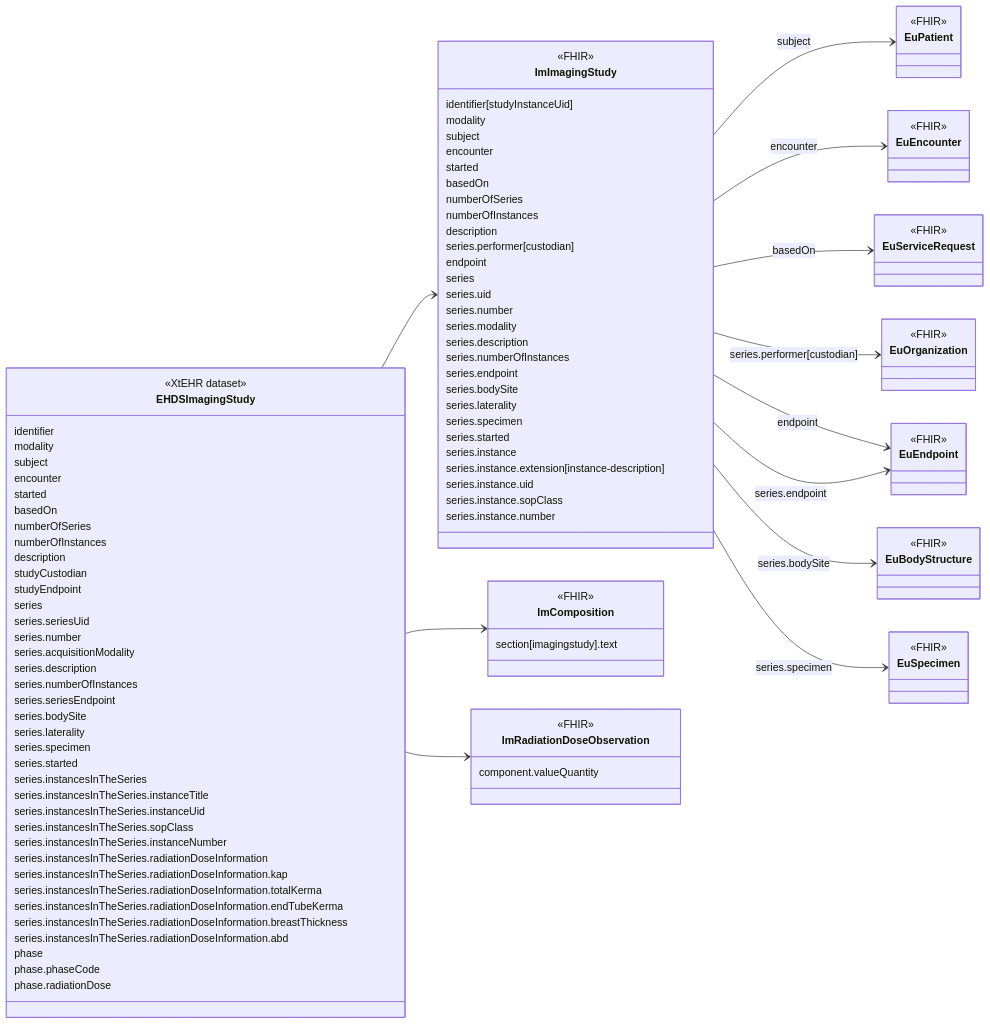
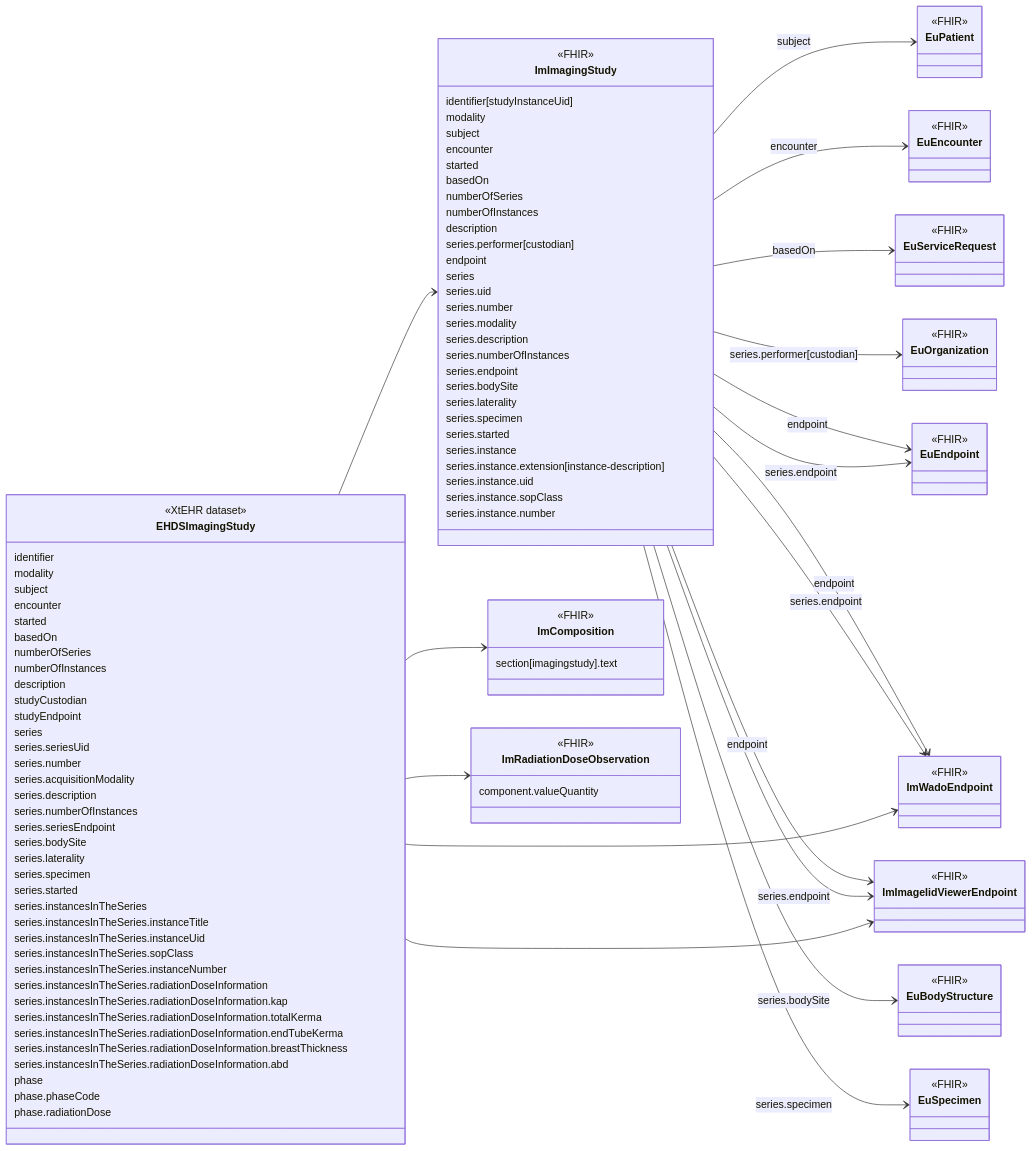
One commit to oijauregui/ehdsimaging changed the diagram in input/intro-notes/ConceptMap-EHDSImagingStudyMap-intro.md. Above: the diagram before and after it, drawn with Mermaid. The commit also changed 125 other files, not shown here.

Commit message:
Renamed obligation files, added Wado and Iid mapping.

````diff
--- a/input/intro-notes/ConceptMap-EHDSImagingStudyMap-intro.md
+++ b/input/intro-notes/ConceptMap-EHDSImagingStudyMap-intro.md
@@ -81,6 +81,8 @@
   section[imagingstudy].text
 }
 
+class ImWadoEndpoint
+class ImImageIidViewerEndpoint
 class ImRadiationDoseObservation{
   <<FHIR>>
   component.valueQuantity
@@ -101,6 +103,12 @@
 class EuEndpoint {
   <<FHIR>>
 }
+class  ImWadoEndpoint {
+  <<FHIR>>
+}
+class  ImImageIidViewerEndpoint {
+  <<FHIR>>
+}
 class EuBodyStructure {
   <<FHIR>>
 }
@@ -113,9 +121,15 @@
 ImImagingStudy --> EuServiceRequest : basedOn
 ImImagingStudy --> EuOrganization : series.performer[custodian]
 ImImagingStudy --> EuEndpoint : endpoint
+ImImagingStudy -->  ImWadoEndpoint : endpoint
+ImImagingStudy -->  ImImageIidViewerEndpoint : endpoint
 ImImagingStudy --> EuEndpoint : series.endpoint
+ImImagingStudy -->  ImWadoEndpoint : series.endpoint
+ImImagingStudy -->  ImImageIidViewerEndpoint : series.endpoint
 ImImagingStudy --> EuBodyStructure : series.bodySite
 ImImagingStudy --> EuSpecimen : series.specimen
 EHDSImagingStudy --> ImComposition
+EHDSImagingStudy --> ImWadoEndpoint
+EHDSImagingStudy --> ImImageIidViewerEndpoint
 EHDSImagingStudy --> ImRadiationDoseObservation
 ```
````
